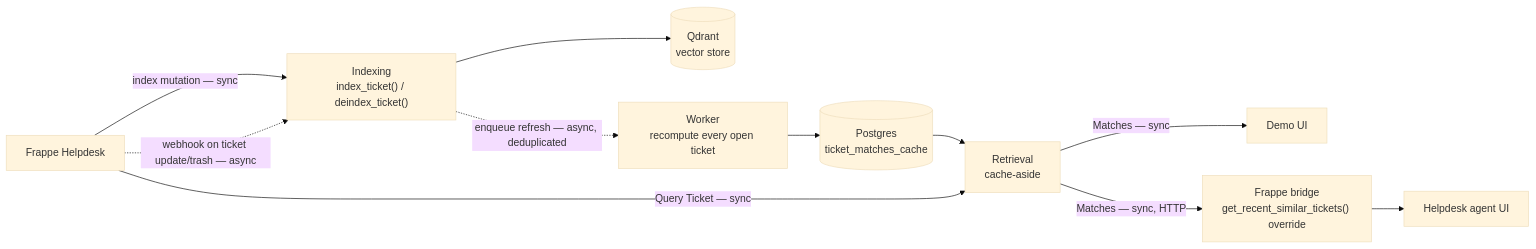
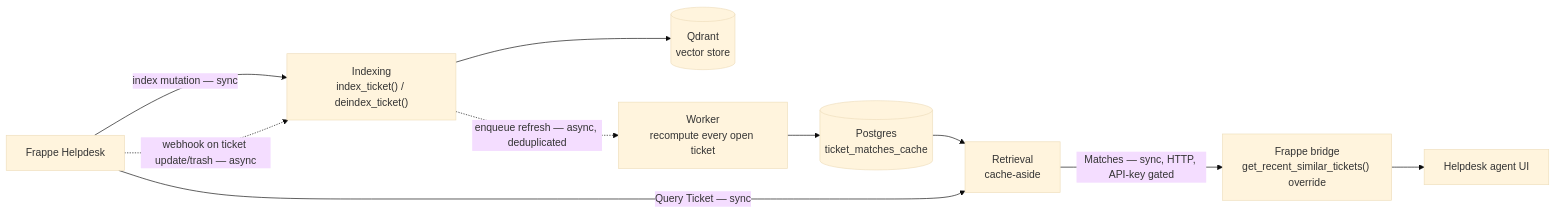
The first of 2 diagrams in docs/ARCHITECTURE.md (arunjoyt/ticket-match-rag), drawn with Mermaid (base theme) before and after one commit. The commit also changed other lines of this file and 10 other files, not shown here.

First line of the commit message:
Add API-key auth to the retrieval API; retire the standalone demo UI (#7)

````diff
--- a/docs/ARCHITECTURE.md
+++ b/docs/ARCHITECTURE.md
@@ -9,13 +9,12 @@
 ```mermaid
 flowchart LR
     HD["Frappe Helpdesk"] -->|"index mutation — sync"| IDX["Indexing<br/>index_ticket() / deindex_ticket()"]
     HD -. "webhook on ticket update/trash — async" .-> IDX
     IDX --> VS[("Qdrant<br/>vector store")]
     IDX -. "enqueue refresh — async, deduplicated" .-> WORKER["Worker<br/>recompute every open ticket"]
     WORKER --> PG[("Postgres<br/>ticket_matches_cache")]
     PG --> RET["Retrieval<br/>cache-aside"]
     HD -->|"Query Ticket — sync"| RET
-    RET -->|"Matches — sync"| DEMOUI["Demo UI"]
-    RET -->|"Matches — sync, HTTP"| BRIDGE["Frappe bridge<br/>get_recent_similar_tickets() override"]
+    RET -->|"Matches — sync, HTTP, API-key gated"| BRIDGE["Frappe bridge<br/>get_recent_similar_tickets() override"]
     BRIDGE --> HDUI["Helpdesk agent UI"]
 ```
````
